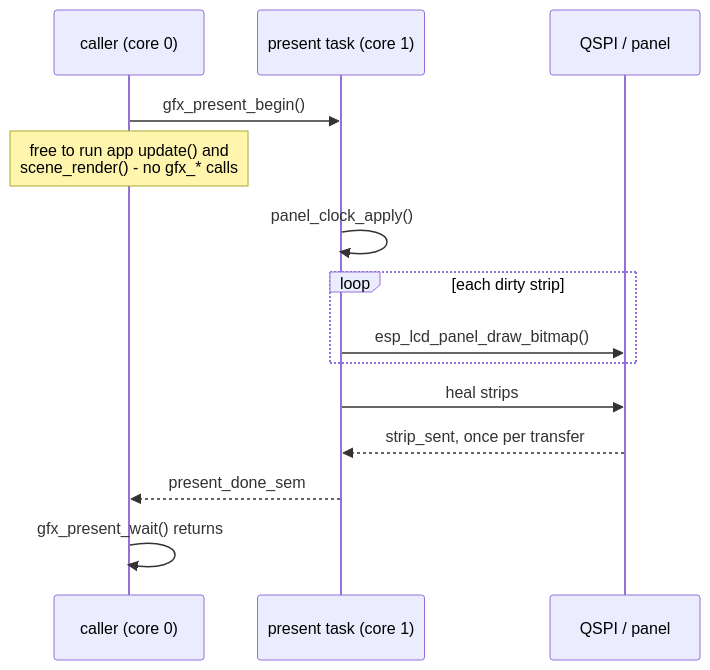
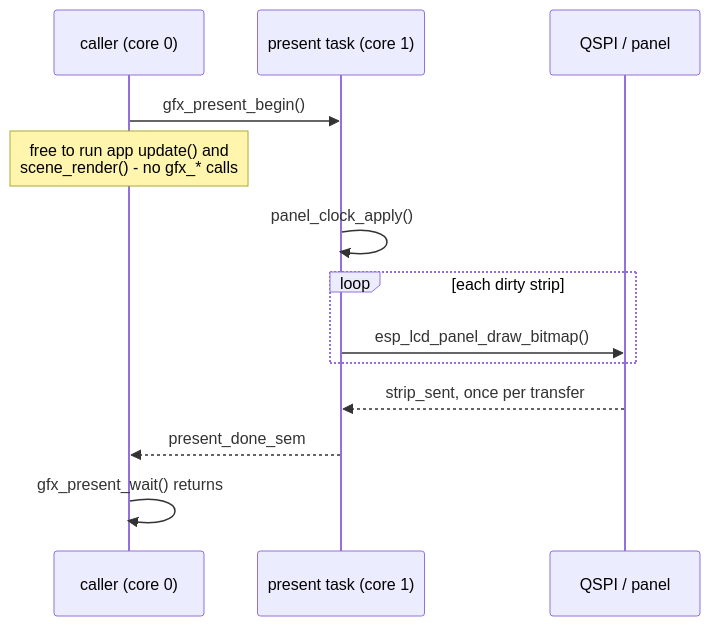
One commit to jose-villegas/autana changed the third of 5 diagrams in docs/Gfx-and-Presentation.md. Above: the diagram before and after it, drawn with Mermaid. The commit also changed other lines of this file and 40 other files, not shown here.

````diff
--- a/docs/Gfx-and-Presentation.md
+++ b/docs/Gfx-and-Presentation.md
@@ -255,16 +255,15 @@
 ```mermaid
 sequenceDiagram
     participant C as caller (core 0)
     participant P as present task (core 1)
     participant Q as QSPI / panel
     C->>P: gfx_present_begin()
     Note over C: free to run app update() and<br/>scene_render() - no gfx_* calls
     P->>P: panel_clock_apply()
     loop each dirty strip
         P->>Q: esp_lcd_panel_draw_bitmap()
     end
-    P->>Q: heal strips
     Q-->>P: strip_sent, once per transfer
     P-->>C: present_done_sem
     C->>C: gfx_present_wait() returns
 ```
````
